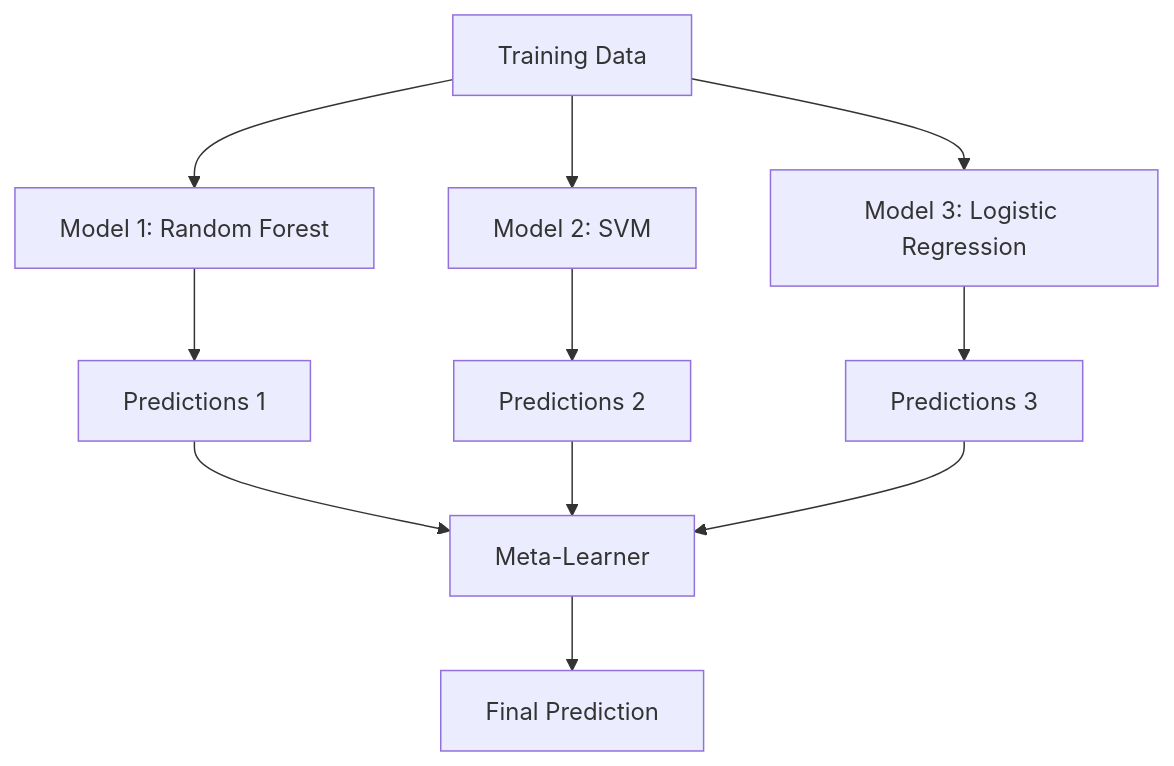
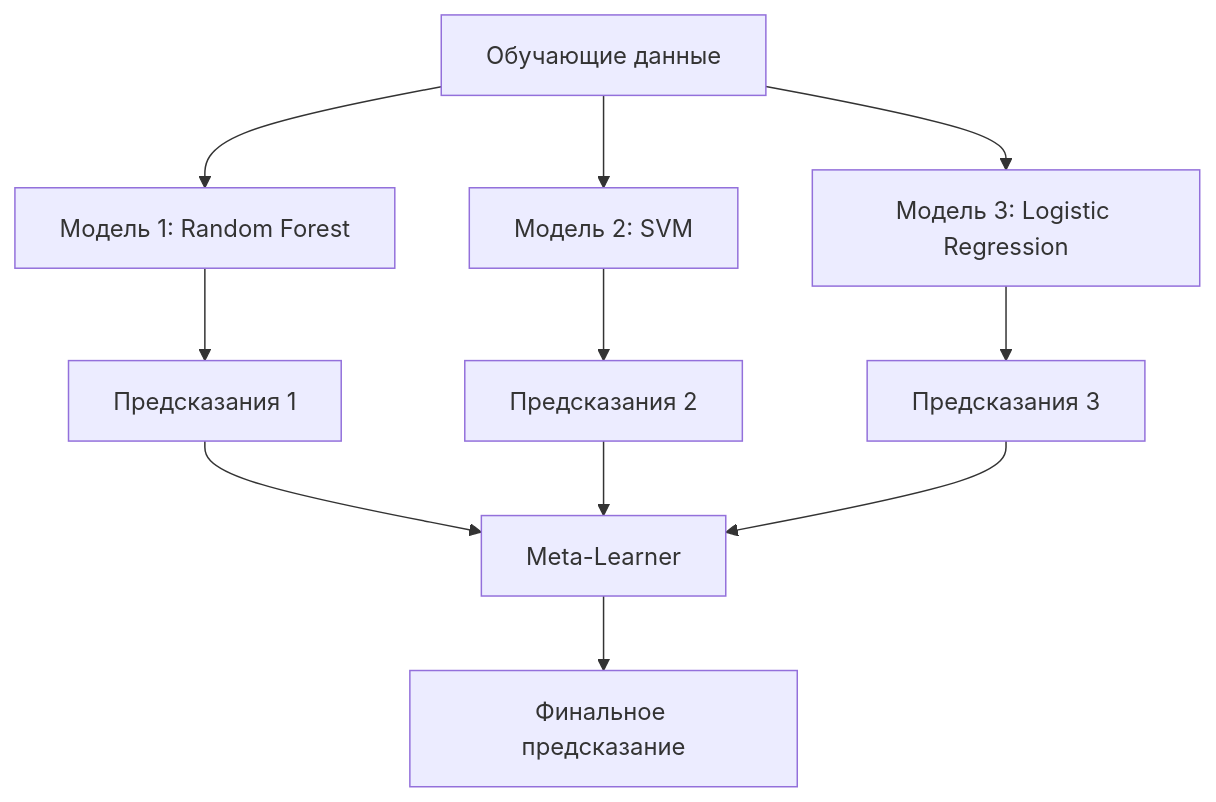
Before and after one commit to stabuev/ai-engineering-from-scratch: the third of 3 diagrams in phases/02-ml-fundamentals/11-ensemble-methods/docs/ru.md, drawn with Mermaid. The commit also changed other lines of this file and 22 other files, not shown here.

````diff
--- a/phases/02-ml-fundamentals/11-ensemble-methods/docs/ru.md
+++ b/phases/02-ml-fundamentals/11-ensemble-methods/docs/ru.md
@@ -156,16 +156,16 @@
 ```mermaid
 flowchart TD
-    D[Training Data] --> M1[Model 1: Random Forest]
-    D --> M2[Model 2: SVM]
-    D --> M3[Model 3: Logistic Regression]
+    D[Обучающие данные] --> M1[Модель 1: Random Forest]
+    D --> M2[Модель 2: SVM]
+    D --> M3[Модель 3: Logistic Regression]
 
-    M1 --> P1[Predictions 1]
-    M2 --> P2[Predictions 2]
-    M3 --> P3[Predictions 3]
+    M1 --> P1[Предсказания 1]
+    M2 --> P2[Предсказания 2]
+    M3 --> P3[Предсказания 3]
 
     P1 --> META[Meta-Learner]
     P2 --> META
     P3 --> META
 
-    META --> F[Final Prediction]
+    META --> F[Финальное предсказание]
 ```
````
